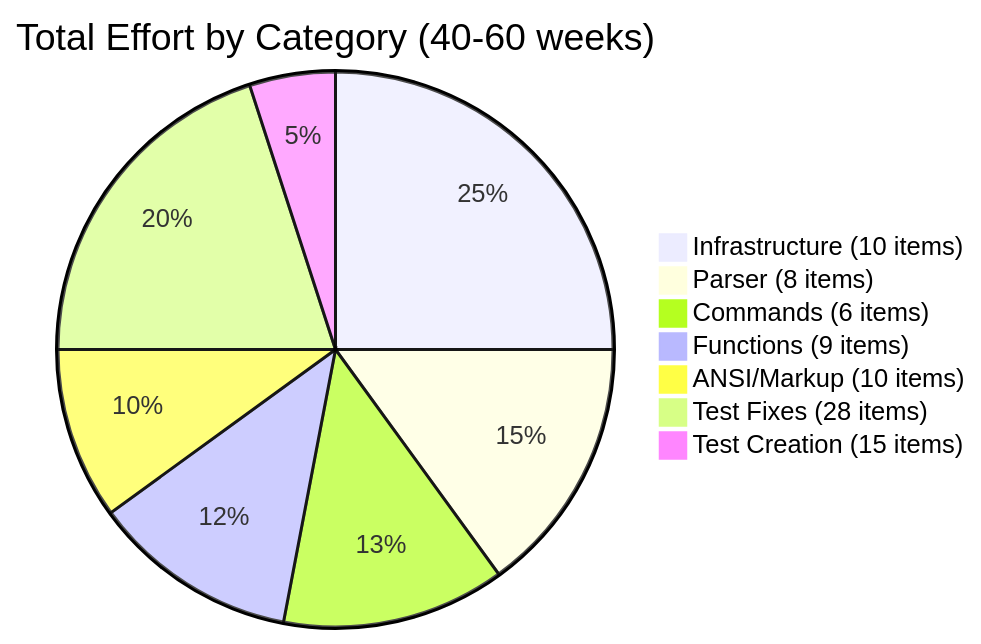
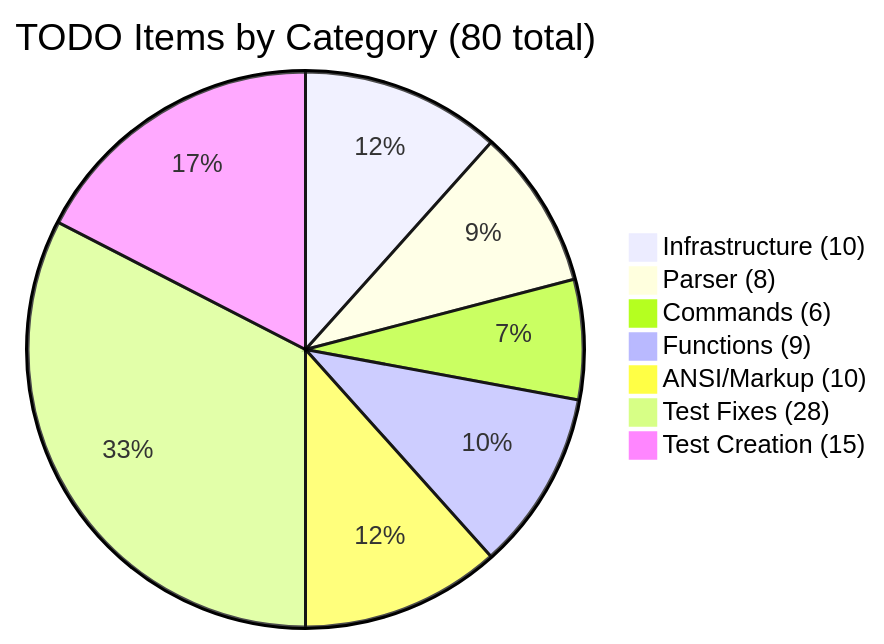
The sixth of 9 diagrams in TODO_DEPENDENCY_GRAPH.md (SharpMUSH/SharpMUSH), drawn with Mermaid before and after one commit. The commit also changed other lines of this file and 2 other files, not shown here.

Commit message:
Update TODO documentation - remove time estimates, focus on dependencies and priorities

````diff
--- a/TODO_DEPENDENCY_GRAPH.md
+++ b/TODO_DEPENDENCY_GRAPH.md
@@ -274,10 +242,10 @@
 ```mermaid
-pie title Total Effort by Category (40-60 weeks)
-    "Infrastructure (10 items)" : 25
-    "Parser (8 items)" : 15
-    "Commands (6 items)" : 13
-    "Functions (9 items)" : 12
-    "ANSI/Markup (10 items)" : 10
-    "Test Fixes (28 items)" : 20
-    "Test Creation (15 items)" : 5
+pie title TODO Items by Category (80 total)
+    "Infrastructure (10)" : 10
+    "Parser (8)" : 8
+    "Commands (6)" : 6
+    "Functions (9)" : 9
+    "ANSI/Markup (10)" : 10
+    "Test Fixes (28)" : 28
+    "Test Creation (15)" : 15
 ```
````
